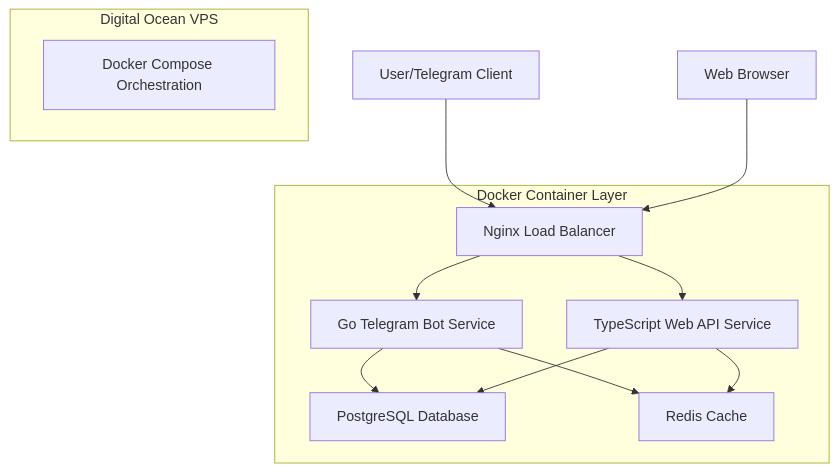
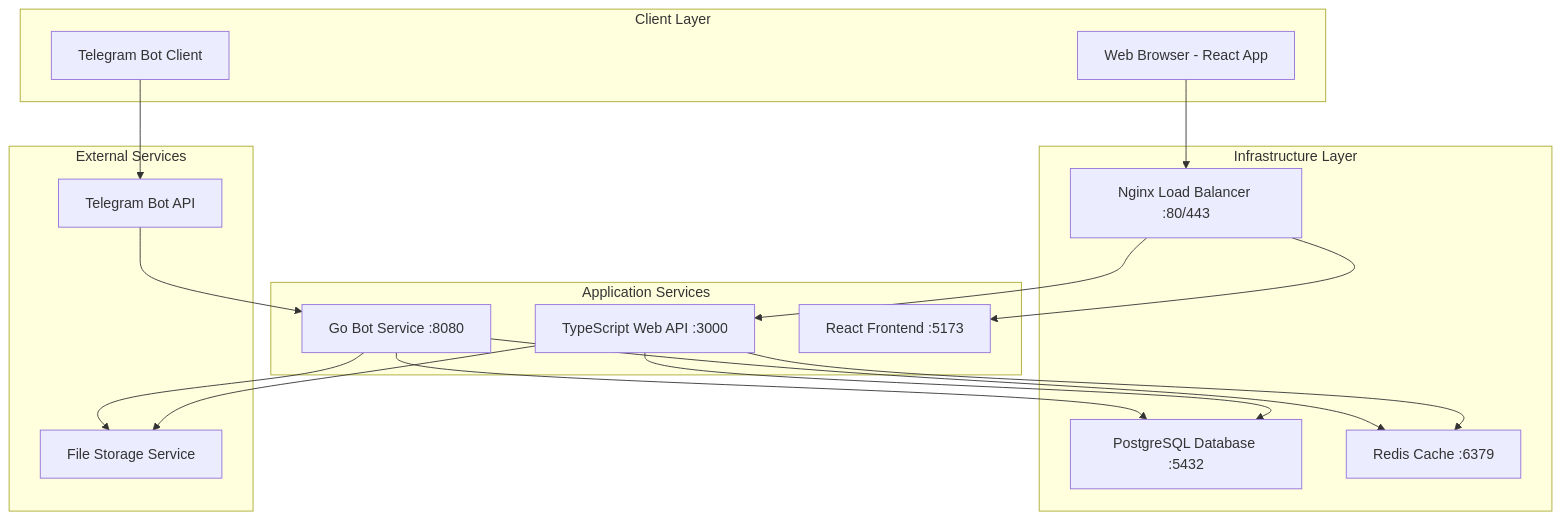
Before and after one commit to irfndi/meets-match: the first of 3 diagrams in .trae/documents/technical-architecture.md, drawn with Mermaid. The commit also changed other lines of this file and 36 other files, not shown here.

First line of the commit message:
refactor(api): standardize response formats and fix type inconsistencies

````diff
--- a/.trae/documents/technical-architecture.md
+++ b/.trae/documents/technical-architecture.md
@@ -5,23 +5,36 @@
 ```mermaid
-graph TD
-    A[User/Telegram Client] --> B[Nginx Load Balancer]
-    C[Web Browser] --> B
-    B --> D[Go Telegram Bot Service]
-    B --> E[TypeScript Web API Service]
-    D --> F[PostgreSQL Database]
-    D --> G[Redis Cache]
-    E --> F
-    E --> G
-    
-    subgraph "Docker Container Layer"
-        D
-        E
-        F
-        G
-        B
+graph TB
+    subgraph "Client Layer"
+        A[Telegram Bot Client]
+        B[Web Browser - React App]
     end
     
-    subgraph "Digital Ocean VPS"
-        H[Docker Compose Orchestration]
+    subgraph "Application Services"
+        C[Go Bot Service :8080]
+        D[TypeScript Web API :3000]
+        E[React Frontend :5173]
     end
+    
+    subgraph "Infrastructure Layer"
+        F[Nginx Load Balancer :80/443]
+        G[PostgreSQL Database :5432]
+        H[Redis Cache :6379]
+    end
+    
+    subgraph "External Services"
+        I[Telegram Bot API]
+        J[File Storage Service]
+    end
+    
+    A --> I
+    I --> C
+    B --> F
+    F --> D
+    F --> E
+    C --> G
+    D --> G
+    C --> H
+    D --> H
+    C --> J
+    D --> J
 ```
````
